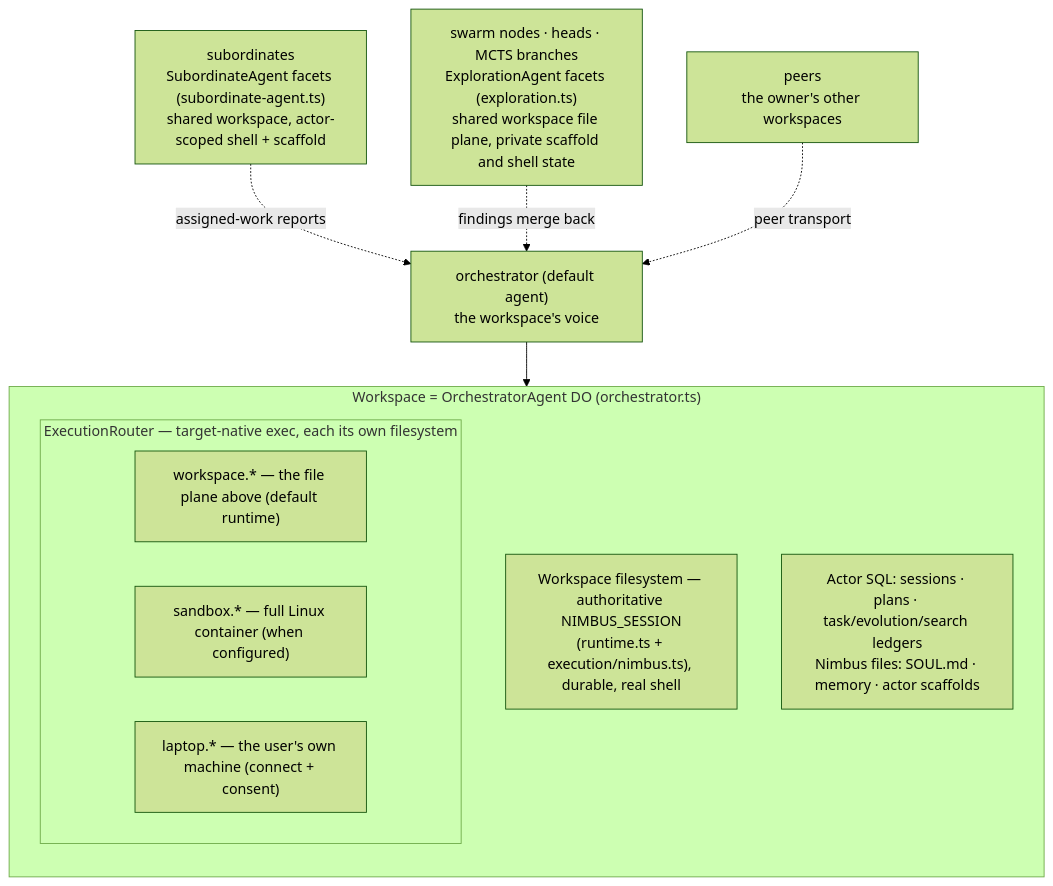
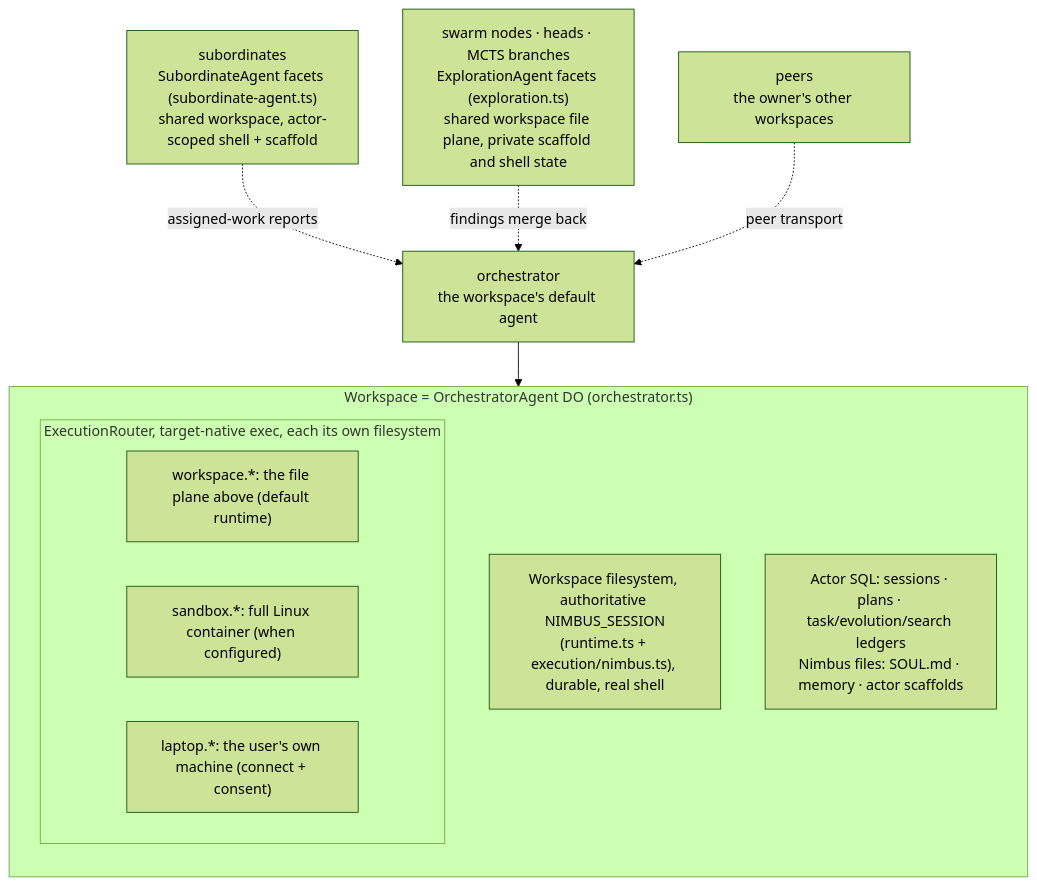
The first of 5 diagrams in docs/ARCHITECTURE.md (AshishKumar4/kinu), drawn with Mermaid (forest theme) before and after one commit. The commit also changed other lines of this file and 49 other files, not shown here.

````diff
--- a/docs/ARCHITECTURE.md
+++ b/docs/ARCHITECTURE.md
@@ -30,18 +28,18 @@
 ```mermaid
 graph TB
     subgraph WS["Workspace = OrchestratorAgent DO (orchestrator.ts)"]
         direction TB
-        Files["Workspace filesystem — authoritative NIMBUS_SESSION<br/>(runtime.ts + execution/nimbus.ts), durable, real shell"]
-        subgraph Execs["ExecutionRouter — target-native exec, each its own filesystem"]
-            W["workspace.* — the file plane above (default runtime)"]
-            S["sandbox.* — full Linux container (when configured)"]
-            P["laptop.* — the user's own machine (connect + consent)"]
+        Files["Workspace filesystem, authoritative NIMBUS_SESSION<br/>(runtime.ts + execution/nimbus.ts), durable, real shell"]
+        subgraph Execs["ExecutionRouter, target-native exec, each its own filesystem"]
+            W["workspace.*: the file plane above (default runtime)"]
+            S["sandbox.*: full Linux container (when configured)"]
+            P["laptop.*: the user's own machine (connect + consent)"]
         end
         State["Actor SQL: sessions · plans · task/evolution/search ledgers<br/>Nimbus files: SOUL.md · memory · actor scaffolds"]
     end
 
-    Orch["orchestrator (default agent)<br/>the workspace's voice"] --> WS
+    Orch["orchestrator<br/>the workspace's default agent"] --> WS
     Subs["subordinates<br/>SubordinateAgent facets (subordinate-agent.ts)<br/>shared workspace, actor-scoped shell + scaffold"] -.->|assigned-work reports| Orch
     Heads["swarm nodes · heads · MCTS branches<br/>ExplorationAgent facets (exploration.ts)<br/>shared workspace file plane, private scaffold and shell state"] -.->|findings merge back| Orch
     Peers["peers<br/>the owner's other workspaces"] -.->|peer transport| Orch
 ```
````
